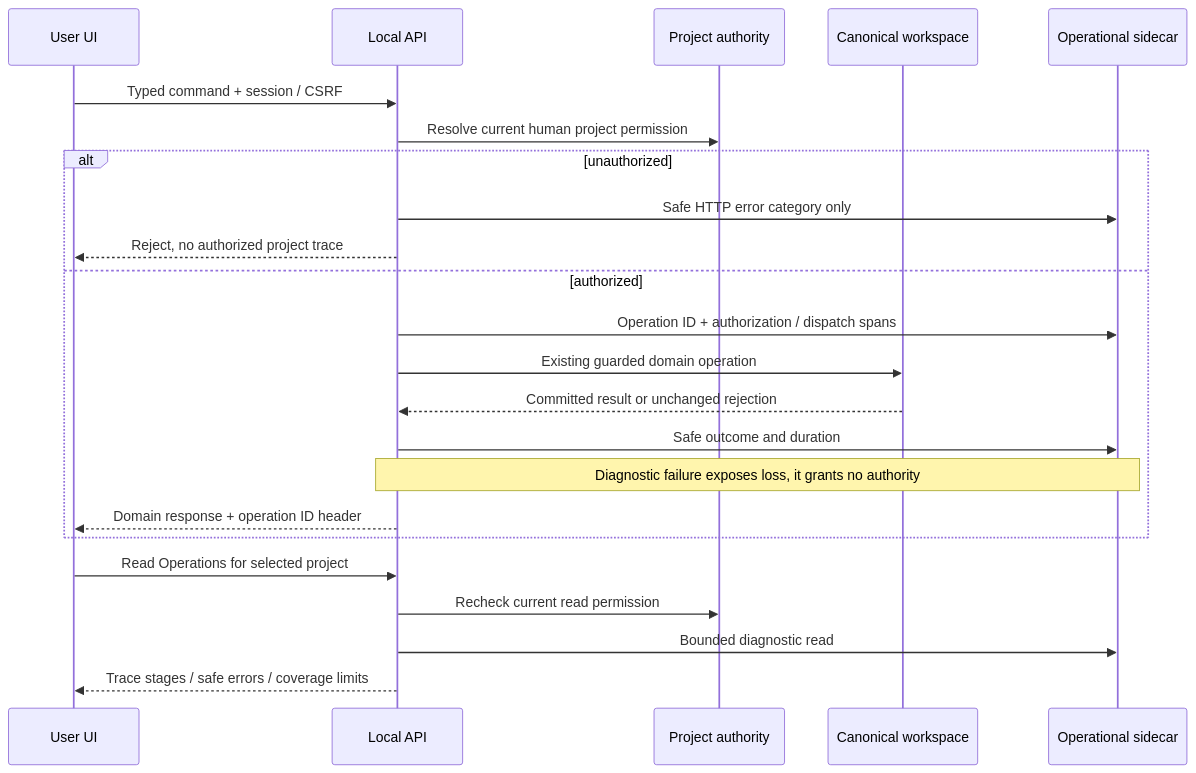
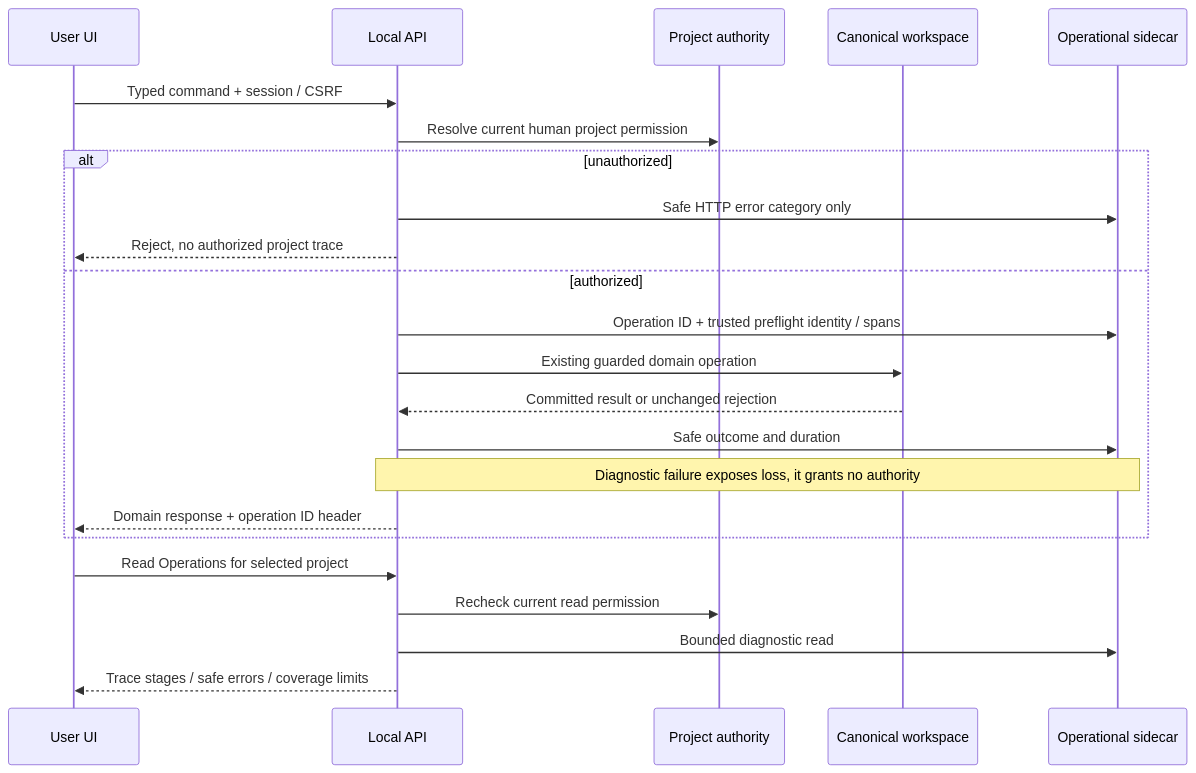
Before and after one commit to alphanAkbulut/decivora: the second of 2 diagrams in docs/quality/operations-runtime.md, drawn with Mermaid. The commit also changed other lines of this file and 16 other files, not shown here.

Commit message:
Add trusted preflight identity to local operation traces and preserve team access gate

````diff
--- a/docs/quality/operations-runtime.md
+++ b/docs/quality/operations-runtime.md
@@ -60,27 +60,27 @@
 ```mermaid
 sequenceDiagram
   accTitle: A local command and its independent operational trace
   accDescr: A project-authorized command has measured boundaries and a safe operation ID. Canonical outcome and diagnostic availability are separate. Reading the panel does not dispatch work.
   participant U as User UI
   participant A as Local API
   participant P as Project authority
   participant D as Canonical workspace
   participant O as Operational sidecar
   U->>A: Typed command + session / CSRF
   A->>P: Resolve current human project permission
   alt unauthorized
     A->>O: Safe HTTP error category only
     A-->>U: Reject, no authorized project trace
   else authorized
-    A->>O: Operation ID + authorization / dispatch spans
+    A->>O: Operation ID + trusted preflight identity / spans
     A->>D: Existing guarded domain operation
     D-->>A: Committed result or unchanged rejection
     A->>O: Safe outcome and duration
     Note over A,O: Diagnostic failure exposes loss, it grants no authority
     A-->>U: Domain response + operation ID header
   end
   U->>A: Read Operations for selected project
   A->>P: Recheck current read permission
   A->>O: Bounded diagnostic read
   A-->>U: Trace stages / safe errors / coverage limits
 ```
````
